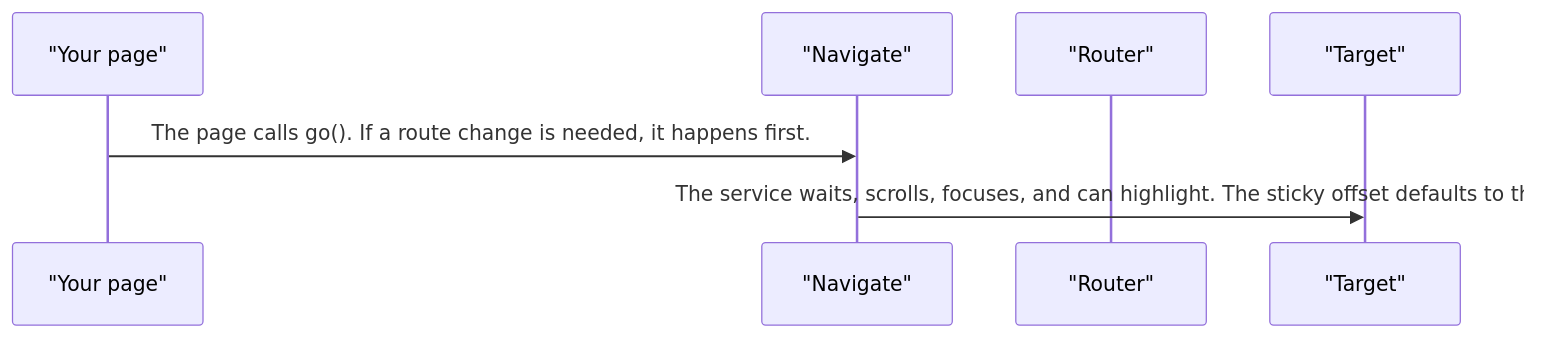
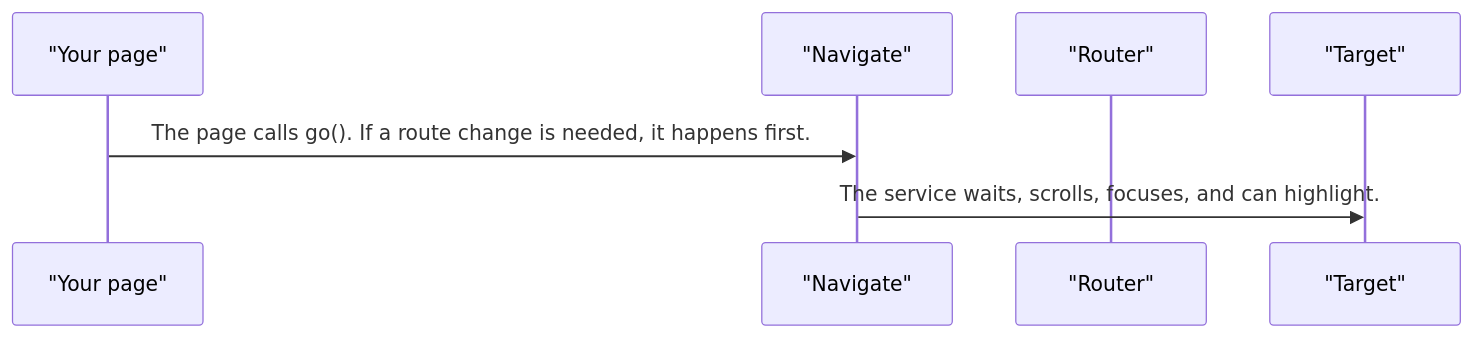
One commit to RajshekharBorate/pixel-ui changed the second of 4 diagrams in projects/pixel-ui/src/lib/services/navigate/DESIGN.md. Above: the diagram before and after it, drawn with Mermaid. The commit also changed other lines of this file and 80 other files, not shown here.

Commit message:
Fill missing design flows and correct the stories that did not match component behavior.

````diff
--- a/projects/pixel-ui/src/lib/services/navigate/DESIGN.md
+++ b/projects/pixel-ui/src/lib/services/navigate/DESIGN.md
@@ -52,9 +52,9 @@
 ```mermaid
 sequenceDiagram
   participant page as "Your page"
   participant nav as "Navigate"
   participant router as "Router"
   participant target as "Target"
   page->>nav: The page calls go(). If a route change is needed, it happens first.
-  nav->>target: The service waits, scrolls, focuses, and can highlight. The sticky offset defaults to the 
+  nav->>target: The service waits, scrolls, focuses, and can highlight.
 ```
````
